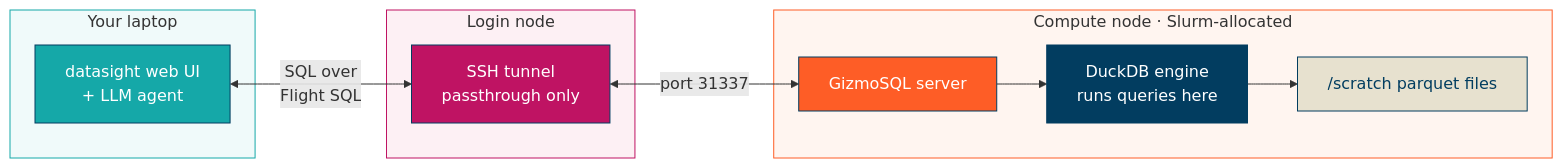
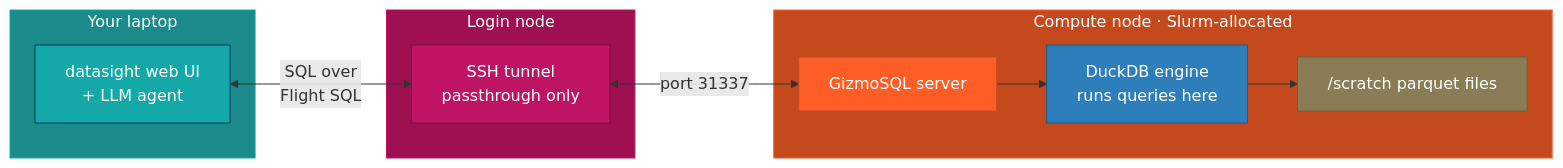
The diagram in docs/end-user/remote-hpc.md (dsgrid/datasight), drawn with Mermaid before and after one commit. The commit also changed 9 other files, not shown here.

````diff
--- a/docs/end-user/remote-hpc.md
+++ b/docs/end-user/remote-hpc.md
@@ -14,25 +14,25 @@
 ```mermaid
 flowchart LR
     subgraph laptop ["Your laptop"]
         DS[datasight web UI<br>+ LLM agent]
     end
     subgraph login ["Login node"]
         SSH[SSH tunnel<br>passthrough only]
     end
     subgraph compute ["Compute node · Slurm-allocated"]
         GS[GizmoSQL server]
         DDB[DuckDB engine<br>runs queries here]
         PQ["/scratch parquet files"]
         GS --> DDB --> PQ
     end
     DS <-->|"SQL over<br>Flight SQL"| SSH <-->|port 31337| GS
 
     style DS fill:#15a8a8,stroke:#023d60,color:#fff
-    style SSH fill:#bf1363,stroke:#023d60,color:#fff
-    style GS fill:#fe5d26,stroke:#023d60,color:#fff
-    style DDB fill:#023d60,stroke:#023d60,color:#fff
-    style PQ fill:#e7e1cf,stroke:#023d60,color:#023d60
-    style laptop fill:#f0fafa,stroke:#15a8a8
-    style login fill:#fdf0f4,stroke:#bf1363
-    style compute fill:#fff5f0,stroke:#fe5d26
+    style SSH fill:#bf1363,stroke:#8a0d42,color:#fff
+    style GS fill:#fe5d26,stroke:#c44a1e,color:#fff
+    style DDB fill:#2e7ebb,stroke:#1a5c8a,color:#fff
+    style PQ fill:#8a7d55,stroke:#6b6040,color:#fff
+    style laptop fill:#1a8a8a,stroke:#15a8a8,color:#fff
+    style login fill:#9e1050,stroke:#bf1363,color:#fff
+    style compute fill:#c44a1e,stroke:#fe5d26,color:#fff
 ```
````
